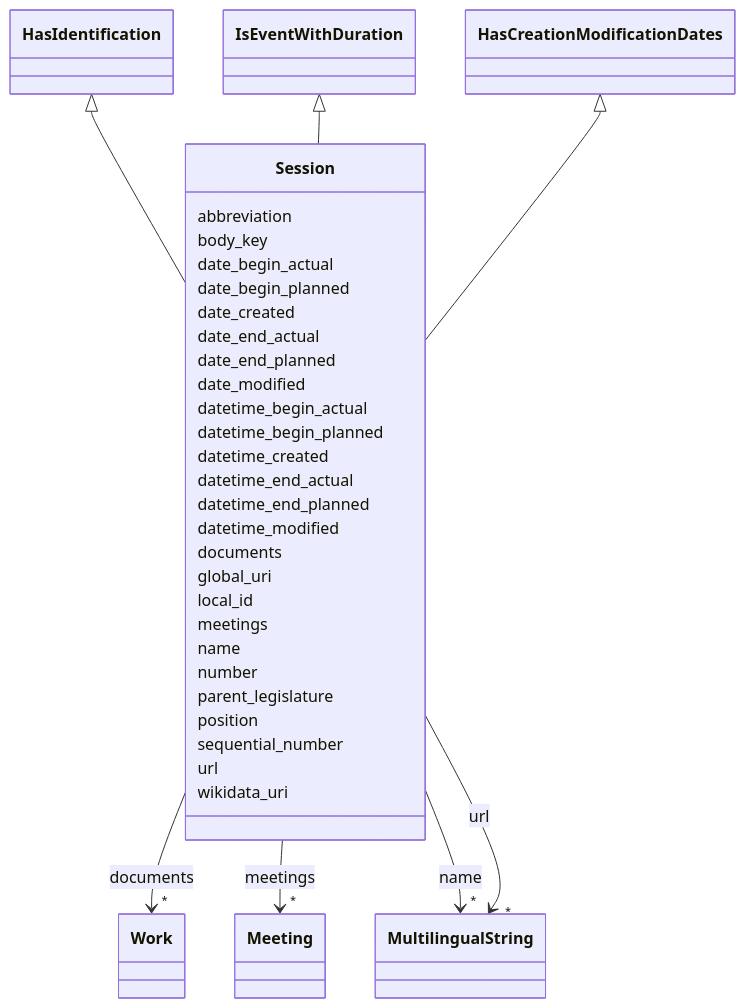
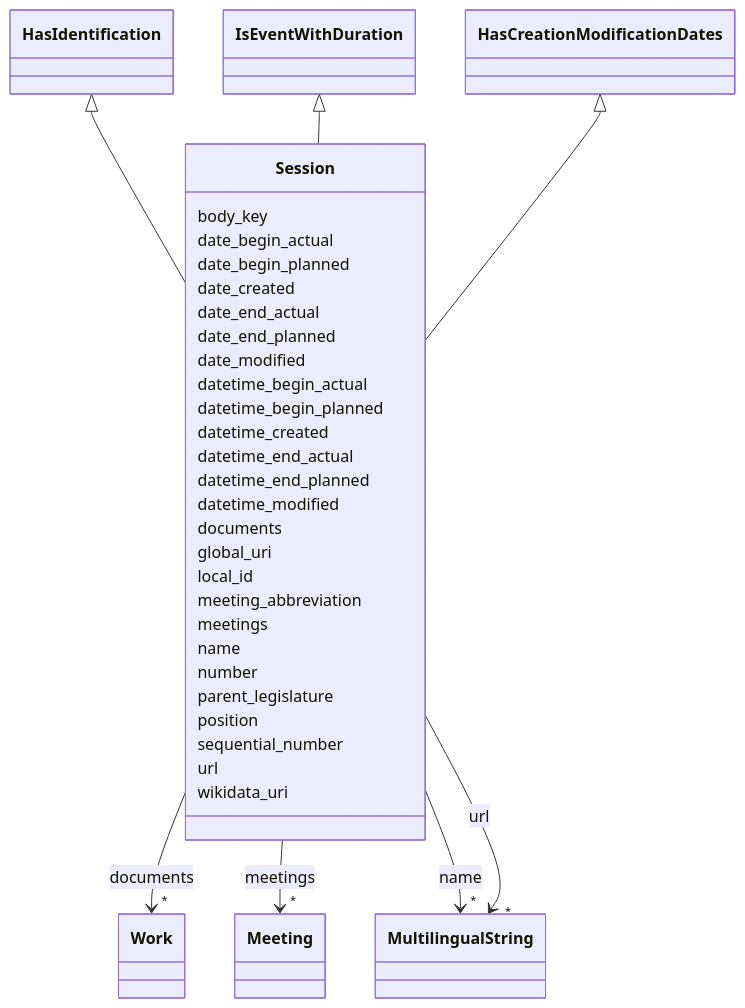
The diagram in ech-0293_operations/output/docs/Session.md (swiss/political-affairs-ech-group), drawn with Mermaid before and after one commit. The commit also changed other lines of this file and 27 other files, not shown here.

```diff
--- a/ech-0293_operations/output/docs/Session.md
+++ b/ech-0293_operations/output/docs/Session.md
@@ -35,8 +35,6 @@
       HasCreationModificationDates <|-- Session
         click HasCreationModificationDates href "../HasCreationModificationDates/"
       
-      Session : abbreviation
-        
       Session : body_key
         
       Session : date_begin_actual
@@ -77,6 +75,8 @@
       Session : global_uri
         
       Session : local_id
+        
+      Session : meeting_abbreviation
         
       Session : meetings
         
```
